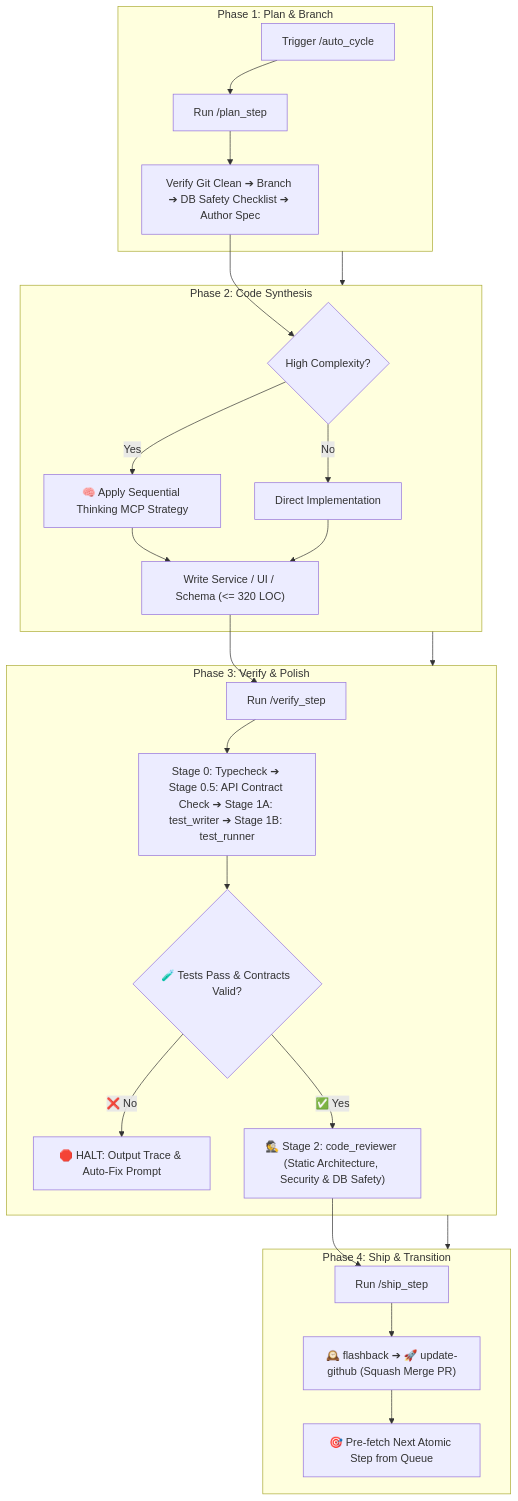
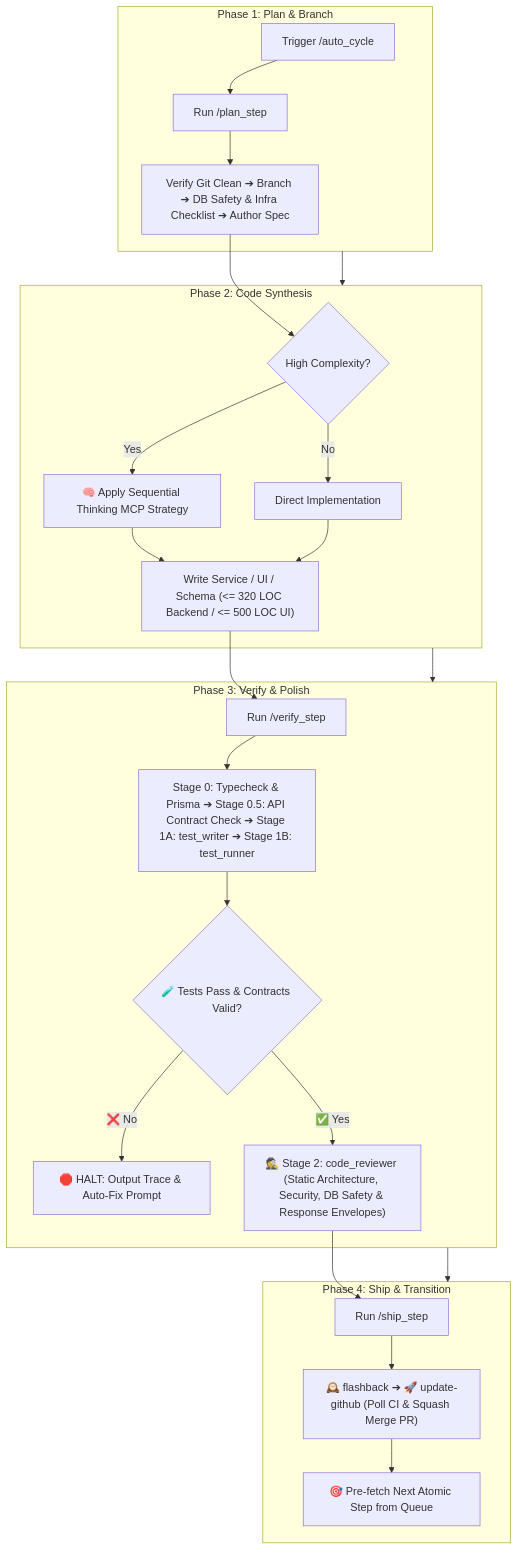
One commit to agrawalshivam279/safe-yatra changed the diagram in .agents/skills/auto_cycle/SKILL.md. Above: the diagram before and after it, drawn with Mermaid. The commit also changed other lines of this file and 22 other files, not shown here.

````diff
--- a/.agents/skills/auto_cycle/SKILL.md
+++ b/.agents/skills/auto_cycle/SKILL.md
@@ -18,31 +19,31 @@
 ```mermaid
 flowchart TD
     subgraph Phase1["Phase 1: Plan & Branch"]
         A["Trigger /auto_cycle"] --> B["Run /plan_step"]
-        B --> C["Verify Git Clean ➔ Branch ➔ DB Safety Checklist ➔ Author Spec"]
+        B --> C["Verify Git Clean ➔ Branch ➔ DB Safety & Infra Checklist ➔ Author Spec"]
     end
 
     subgraph Phase2["Phase 2: Code Synthesis"]
         C --> D{"High Complexity?"}
         D -- "Yes" --> E["🧠 Apply Sequential Thinking MCP Strategy"]
         D -- "No" --> F["Direct Implementation"]
-        E --> G["Write Service / UI / Schema (<= 320 LOC)"]
+        E --> G["Write Service / UI / Schema (<= 320 LOC Backend / <= 500 LOC UI)"]
         F --> G
     end
 
     subgraph Phase3["Phase 3: Verify & Polish"]
         G --> H["Run /verify_step"]
-        H --> I["Stage 0: Typecheck ➔ Stage 0.5: API Contract Check ➔ Stage 1A: test_writer ➔ Stage 1B: test_runner"]
+        H --> I["Stage 0: Typecheck & Prisma ➔ Stage 0.5: API Contract Check ➔ Stage 1A: test_writer ➔ Stage 1B: test_runner"]
         I --> J{"🧪 Tests Pass & Contracts Valid?"}
         J -- "❌ No" --> K["🛑 HALT: Output Trace & Auto-Fix Prompt"]
-        J -- "✅ Yes" --> L["🕵️ Stage 2: code_reviewer (Static Architecture, Security & DB Safety)"]
+        J -- "✅ Yes" --> L["🕵️ Stage 2: code_reviewer (Static Architecture, Security, DB Safety & Response Envelopes)"]
     end
 
     subgraph Phase4["Phase 4: Ship & Transition"]
         L --> M["Run /ship_step"]
-        M --> N["🕰️ flashback ➔ 🚀 update-github (Squash Merge PR)"]
+        M --> N["🕰️ flashback ➔ 🚀 update-github (Poll CI & Squash Merge PR)"]
         N --> O["🎯 Pre-fetch Next Atomic Step from Queue"]
     end
 
     Phase1 --> Phase2 --> Phase3 --> Phase4
 ```
````
